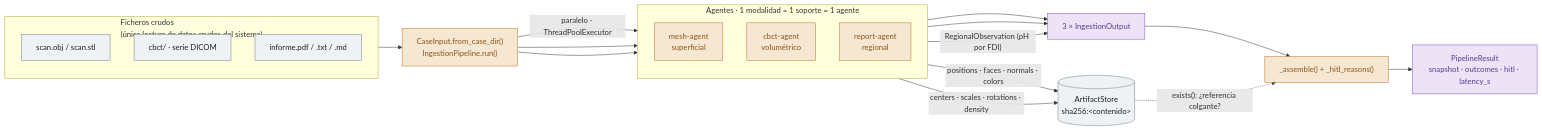
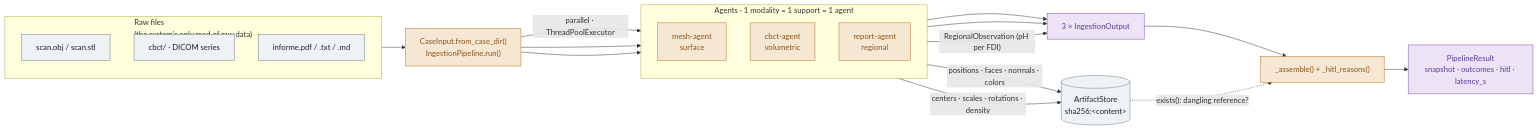
The first of 4 diagrams in packages/ingestion-agents/README.md (ANFAIA/Agentic-Smart-Health), drawn with Mermaid before and after one commit. The commit also changed other lines of this file and 3 other files, not shown here.

````diff
--- a/packages/ingestion-agents/README.md
+++ b/packages/ingestion-agents/README.md
@@ -40,39 +40,39 @@
 ```mermaid
 flowchart LR
-  subgraph RAW["Ficheros crudos<br/>(única lectura de datos crudos del sistema)"]
+  subgraph RAW["Raw files<br/>(the system's only read of raw data)"]
     direction TB
     F1["scan.obj / scan.stl"]
-    F2["cbct/ · serie DICOM"]
+    F2["cbct/ · DICOM series"]
     F3["informe.pdf / .txt / .md"]
   end
 
   RAW --> ORQ["CaseInput.from_case_dir()<br/>IngestionPipeline.run()"]
 
-  ORQ -->|"paralelo · ThreadPoolExecutor"| A1
+  ORQ -->|"parallel · ThreadPoolExecutor"| A1
   ORQ --> A2
   ORQ --> A3
 
-  subgraph AG["Agentes · 1 modalidad = 1 soporte = 1 agente"]
+  subgraph AG["Agents · 1 modality = 1 support = 1 agent"]
     direction TB
-    A1["mesh-agent<br/>superficial"]
-    A2["cbct-agent<br/>volumétrico"]
+    A1["mesh-agent<br/>surface"]
+    A2["cbct-agent<br/>volumetric"]
     A3["report-agent<br/>regional"]
   end
 
-  A1 -->|"positions · faces · normals · colors"| ST[("ArtifactStore<br/>sha256:&lt;contenido&gt;")]
+  A1 -->|"positions · faces · normals · colors"| ST[("ArtifactStore<br/>sha256:&lt;content&gt;")]
   A2 -->|"centers · scales · rotations · density"| ST
   A1 --> OUT["3 × IngestionOutput"]
   A2 --> OUT
-  A3 -->|"RegionalObservation (pH por FDI)"| OUT
+  A3 -->|"RegionalObservation (pH per FDI)"| OUT
 
   OUT --> ASM["_assemble() + _hitl_reasons()"]
-  ST -.->|"exists(): ¿referencia colgante?"| ASM
+  ST -.->|"exists(): dangling reference?"| ASM
   ASM --> RES["PipelineResult<br/>snapshot · outcomes · hitl · latency_s"]
 
   classDef file fill:#eef2f4,stroke:#6b7b83,color:#16232b;
   classDef proc fill:#f6e7d3,stroke:#b5701d,color:#8a5416;
   classDef out fill:#ece3f7,stroke:#7b4fc0,color:#5b3a94;
   class F1,F2,F3,ST file;
   class ORQ,A1,A2,A3,ASM proc;
   class OUT,RES out;
 ```
````
